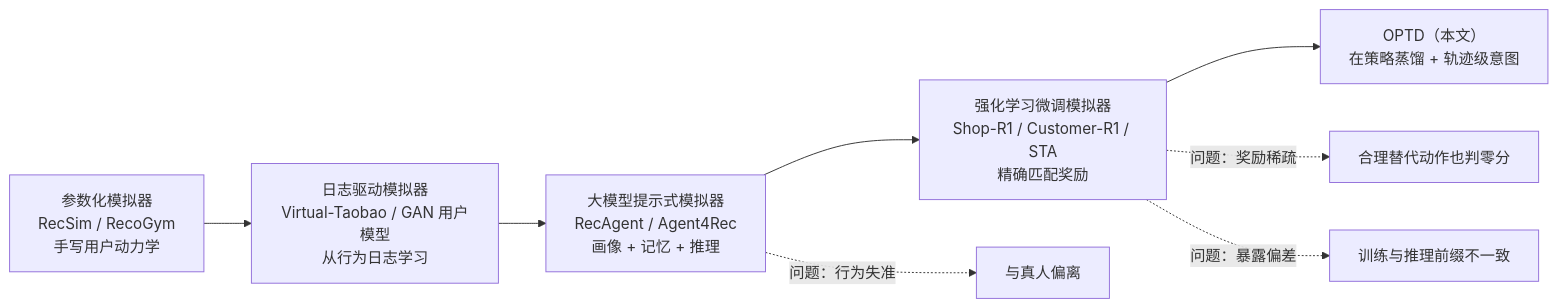
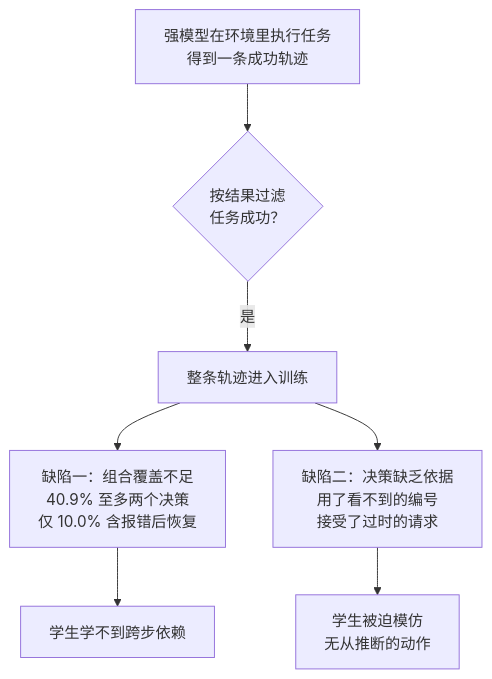
Before and after one commit to yingwang/paper-reads: the first of 6 diagrams in docs/index.md, drawn with Mermaid. The commit also changed other lines of this file and 2 other files, not shown here.

First line of the commit message:
Add 2026-10-27-trajectory2gym-decision-grounded-interaction-synthesis

````diff
--- a/docs/index.md
+++ b/docs/index.md
@@ -72,10 +54,9 @@
 ```mermaid
-flowchart LR
-    A["参数化模拟器<br/>RecSim / RecoGym<br/>手写用户动力学"] --> B["日志驱动模拟器<br/>Virtual-Taobao / GAN 用户模型<br/>从行为日志学习"]
-    B --> C["大模型提示式模拟器<br/>RecAgent / Agent4Rec<br/>画像 + 记忆 + 推理"]
-    C --> D["强化学习微调模拟器<br/>Shop-R1 / Customer-R1 / STA<br/>精确匹配奖励"]
-    D --> E["OPTD（本文）<br/>在策略蒸馏 + 轨迹级意图"]
-    C -.->|"问题：行为失准"| X1["与真人偏离"]
-    D -.->|"问题：奖励稀疏"| X2["合理替代动作也判零分"]
-    D -.->|"问题：暴露偏差"| X3["训练与推理前缀不一致"]
+flowchart TB
+    A["强模型在环境里执行任务<br/>得到一条成功轨迹"] --> B{"按结果过滤<br/>任务成功？"}
+    B -->|"是"| C["整条轨迹进入训练"]
+    C --> D1["缺陷一：组合覆盖不足<br/>40.9% 至多两个决策<br/>仅 10.0% 含报错后恢复"]
+    C --> D2["缺陷二：决策缺乏依据<br/>用了看不到的编号<br/>接受了过时的请求"]
+    D1 --> E["学生学不到跨步依赖"]
+    D2 --> F["学生被迫模仿<br/>无从推断的动作"]
 ```
````
